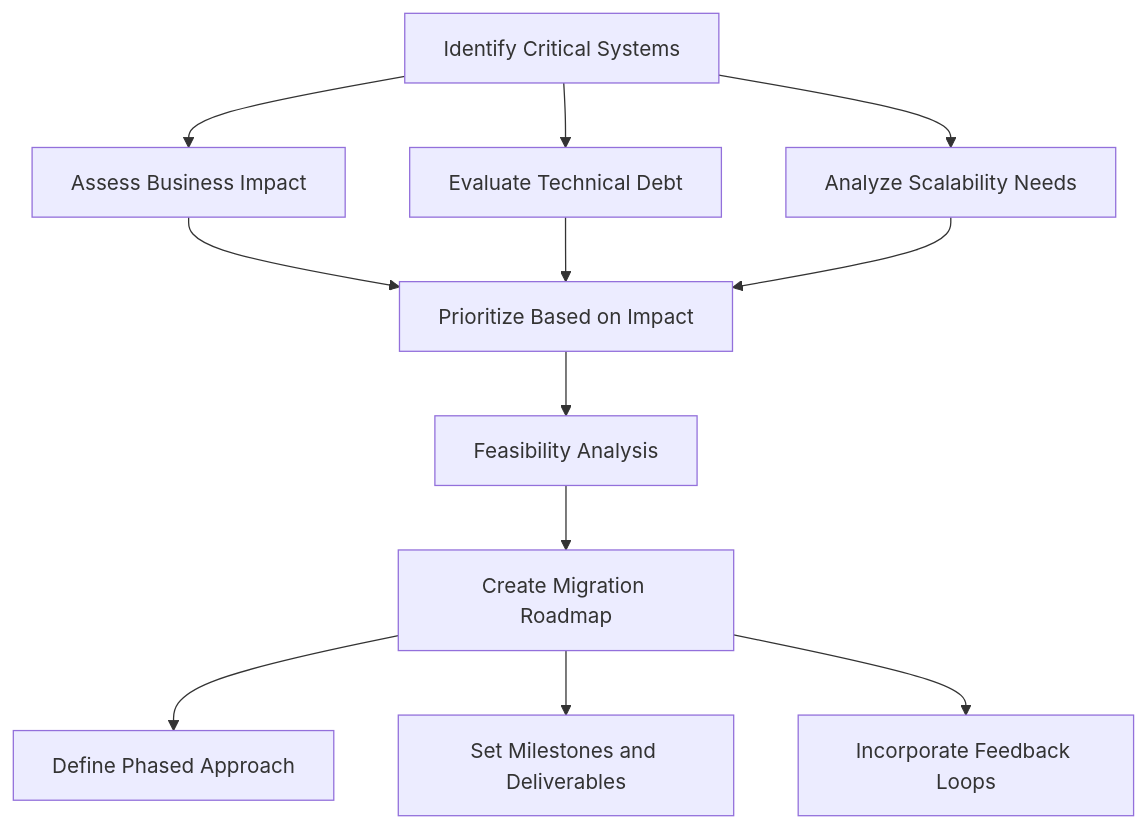
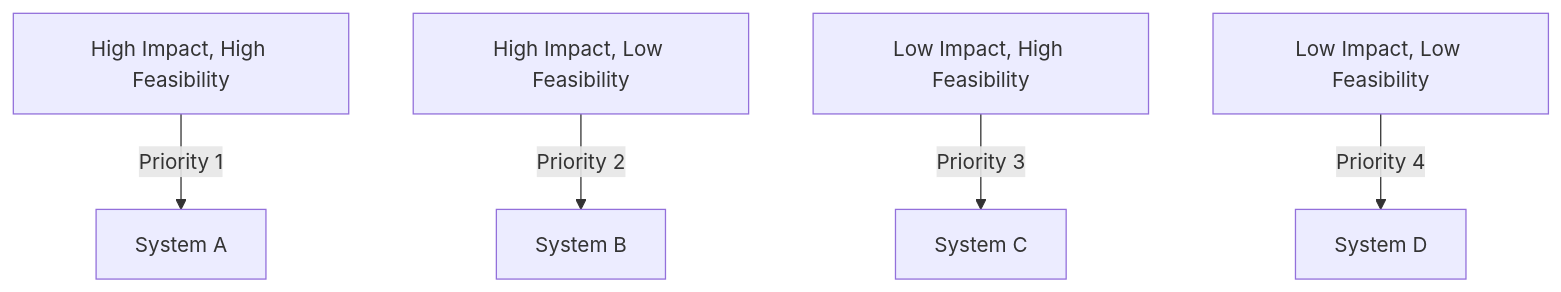
Before and after one commit to MasteryEducation/ClojureForJava.com: the first of 2 diagrams in content/3/11/1/index.md, drawn with Mermaid. The commit also changed other lines of this file and 74 other files, not shown here.

````diff
--- a/content/3/11/1/index.md
+++ b/content/3/11/1/index.md
@@ -117,14 +92,7 @@
 ```mermaid
-flowchart TD
-    A[Identify Critical Systems] --> B[Assess Business Impact]
-    A --> C[Evaluate Technical Debt]
-    A --> D[Analyze Scalability Needs]
-    B --> E[Prioritize Based on Impact]
-    C --> E
-    D --> E
-    E --> F[Feasibility Analysis]
-    F --> G[Create Migration Roadmap]
-    G --> H[Define Phased Approach]
-    G --> I[Set Milestones and Deliverables]
-    G --> J[Incorporate Feedback Loops]
+graph TD;
+    A[High Impact, High Feasibility] -->|Priority 1| B[System A];
+    C[High Impact, Low Feasibility] -->|Priority 2| D[System B];
+    E[Low Impact, High Feasibility] -->|Priority 3| F[System C];
+    G[Low Impact, Low Feasibility] -->|Priority 4| H[System D];
 ```
````
